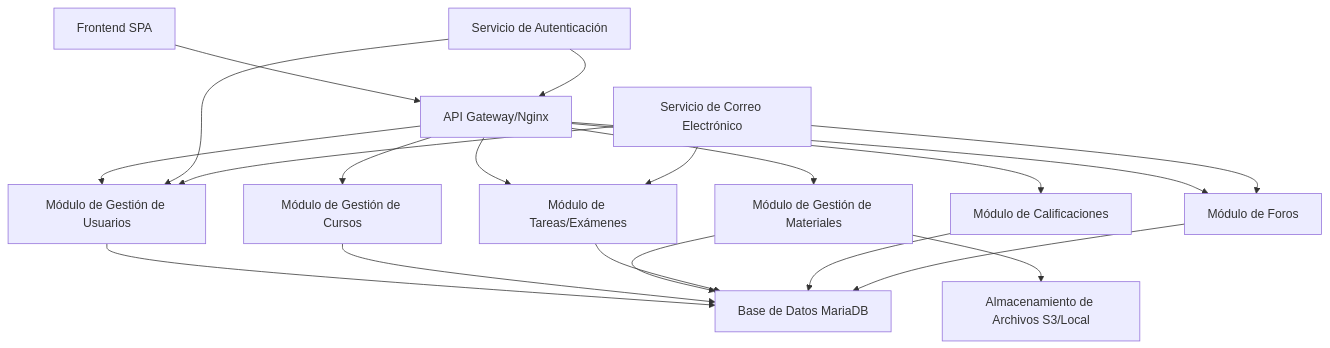
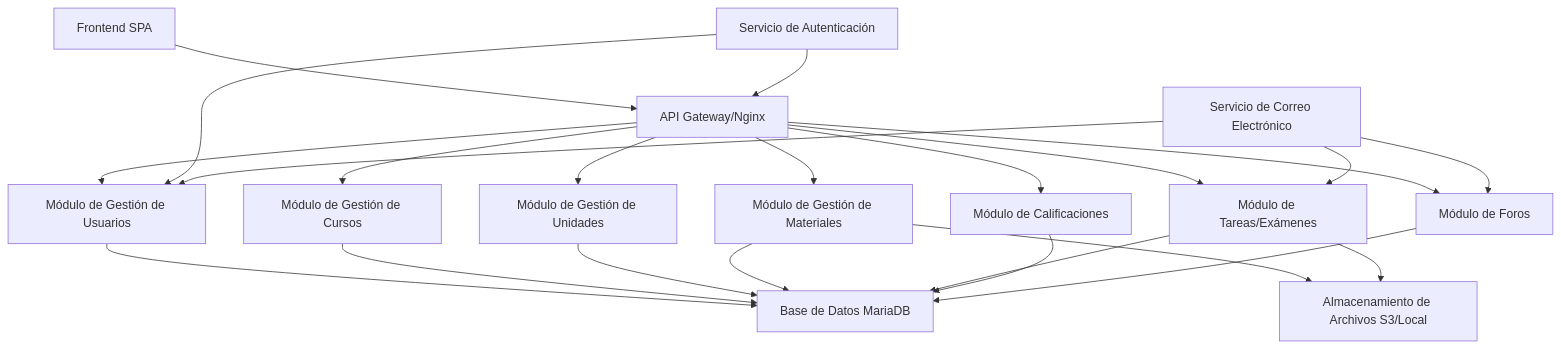
The diagram in proyecto_lms.md (dvdMucci/web_lms), drawn with Mermaid before and after one commit. The commit also changed other lines of this file and 11 other files, not shown here.

````diff
--- a/proyecto_lms.md
+++ b/proyecto_lms.md
@@ -72,22 +87,25 @@
 ```mermaid
 graph TD
     A[Frontend SPA] --> B[API Gateway/Nginx]
     B --> C[Módulo de Gestión de Usuarios]
     B --> D[Módulo de Gestión de Cursos]
+    B --> U[Módulo de Gestión de Unidades]
     B --> E[Módulo de Gestión de Materiales]
     B --> F[Módulo de Tareas/Exámenes]
     B --> G[Módulo de Calificaciones]
     B --> L[Módulo de Foros]
     C --> H[Base de Datos MariaDB]
     D --> H
+    U --> H
     E --> H
     F --> H
     G --> H
     L --> H
     E --> I[Almacenamiento de Archivos S3/Local]
+    F --> I
     J[Servicio de Autenticación] --> C
     J --> B
     K[Servicio de Correo Electrónico] --> C
     K --> F
     K --> L
 ```
````
